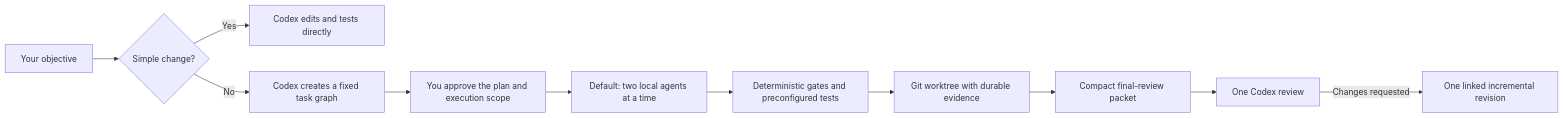
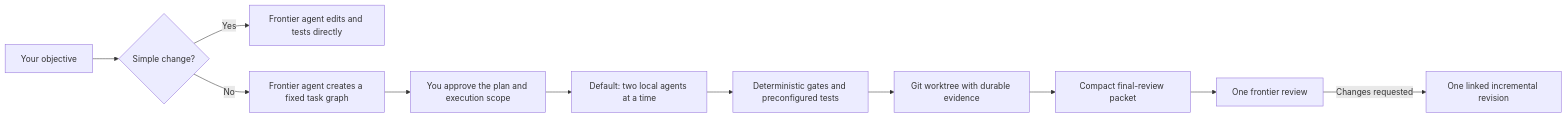
The diagram in README.md (fbzz/mlx-swarm), drawn with Mermaid before and after one commit. The commit also changed other lines of this file and 16 other files, not shown here.

Commit message:
Add frontier-agnostic Claude and Codex skill

````diff
--- a/README.md
+++ b/README.md
@@ -65,13 +67,13 @@
 ```mermaid
 flowchart LR
     A["Your objective"] --> R{"Simple change?"}
-    R -->|"Yes"| D["Codex edits and tests directly"]
-    R -->|"No"| P["Codex creates a fixed task graph"]
+    R -->|"Yes"| D["Frontier agent edits and tests directly"]
+    R -->|"No"| P["Frontier agent creates a fixed task graph"]
     P --> H["You approve the plan and execution scope"]
     H --> L["Default: two local agents at a time"]
     L --> G["Deterministic gates and preconfigured tests"]
     G --> W["Git worktree with durable evidence"]
     W --> C["Compact final-review packet"]
-    C --> F["One Codex review"]
+    C --> F["One frontier review"]
     F -->|"Changes requested"| I["One linked incremental revision"]
 ```
````
